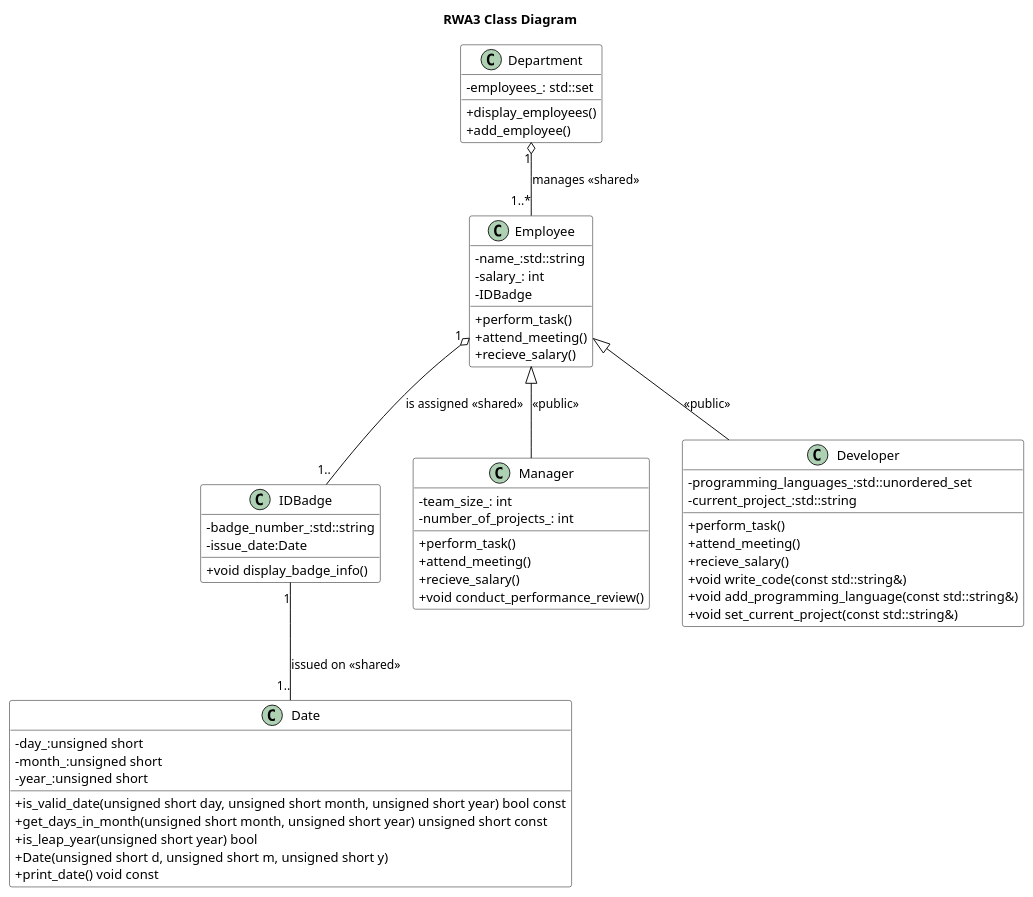
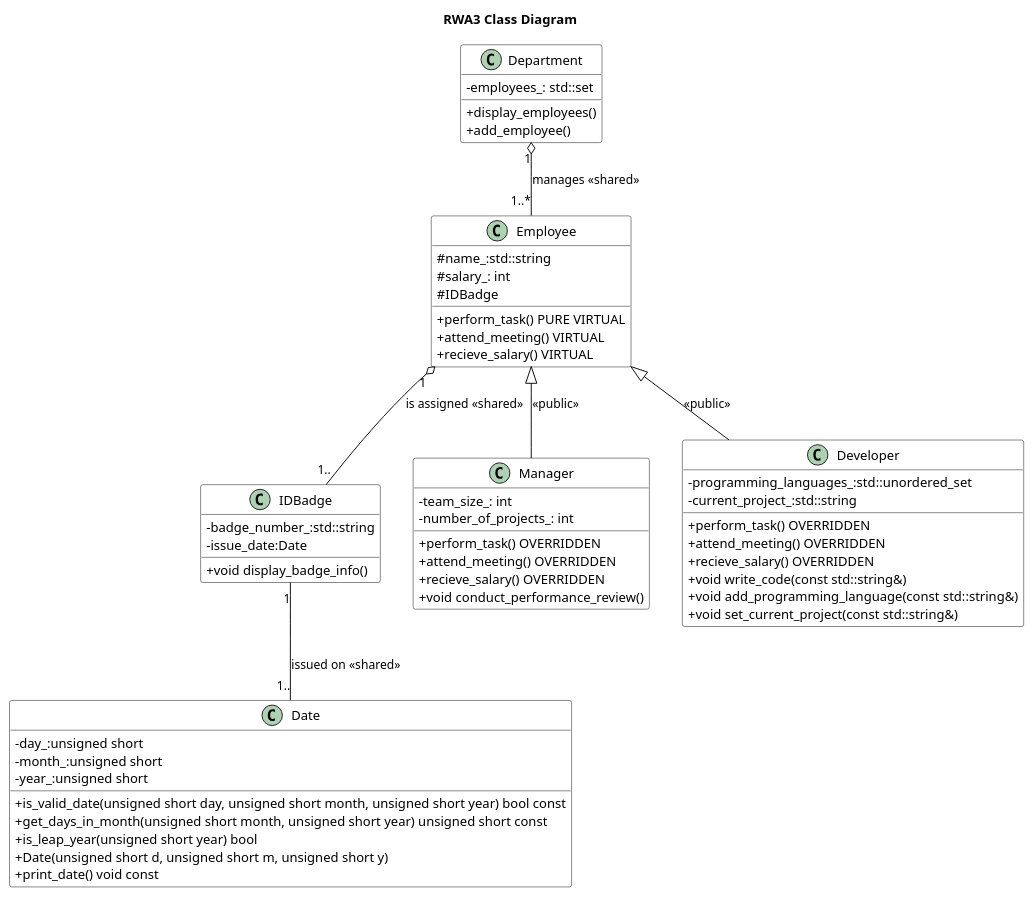
The diagram in rwa3_3/department/doc/class_diagram.wsd (dzinobile/enpm702_group3), drawn with PlantUML before and after one commit. The commit also changed 13 other files, not shown here.

```diff
--- a/rwa3_3/department/doc/class_diagram.wsd
+++ b/rwa3_3/department/doc/class_diagram.wsd
@@ -1,76 +1,76 @@
 @startuml "RWA3 Class Diagram"
 title RWA3 Class Diagram
 skinparam ClassAttributeIconSize 0
 skinparam class {
     BackgroundColor White
     ArrowColor Black
     BorderColor Black
 }
 
 
 class Department {
     -employees_: std::set
     +display_employees()
     +add_employee()
 }
 
 class Date {
     -day_:unsigned short
     -month_:unsigned short
     -year_:unsigned short
     +is_valid_date(unsigned short day, unsigned short month, unsigned short year) bool const
     +get_days_in_month(unsigned short month, unsigned short year) unsigned short const
     +is_leap_year(unsigned short year) bool
     +Date(unsigned short d, unsigned short m, unsigned short y)
     +print_date() void const
 
 }
 
 class IDBadge{
     -badge_number_:std::string
     -issue_date:Date 
     +void display_badge_info()
 }
 
 class Manager {
     -team_size_: int
     -number_of_projects_: int
-    +perform_task()
-    +attend_meeting()
-    +recieve_salary()
+    +perform_task() OVERRIDDEN
+    +attend_meeting() OVERRIDDEN
+    +recieve_salary() OVERRIDDEN
     +void conduct_performance_review()
     
 
 }
 
 class Developer{
     -programming_languages_:std::unordered_set
     -current_project_:std::string
-    +perform_task()
-    +attend_meeting()
-    +recieve_salary()
+    +perform_task() OVERRIDDEN
+    +attend_meeting() OVERRIDDEN
+    +recieve_salary() OVERRIDDEN
     +void write_code(const std::string&)
     +void add_programming_language(const std::string&)
     +void set_current_project(const std::string&)
 }
 
 'Employee class
 class Employee {
-    -name_:std::string
-    -salary_: int
-    -IDBadge
-    +perform_task()
-    +attend_meeting()
-    +recieve_salary()
+    #name_:std::string
+    #salary_: int
+    #IDBadge
+    +perform_task() PURE VIRTUAL
+    +attend_meeting() VIRTUAL
+    +recieve_salary() VIRTUAL
 
 }
 
 'Relationships
 Department "1" o-- "1..*" Employee : manages <<shared>>
 Employee "1" o-- "1.." IDBadge : is assigned <<shared>>
 IDBadge "1" O-- "1.." Date : issued on <<shared>>
 Employee <|-- Developer: <<public>>
 Employee <|-- Manager: <<public>>
 
 
 @enduml
```
